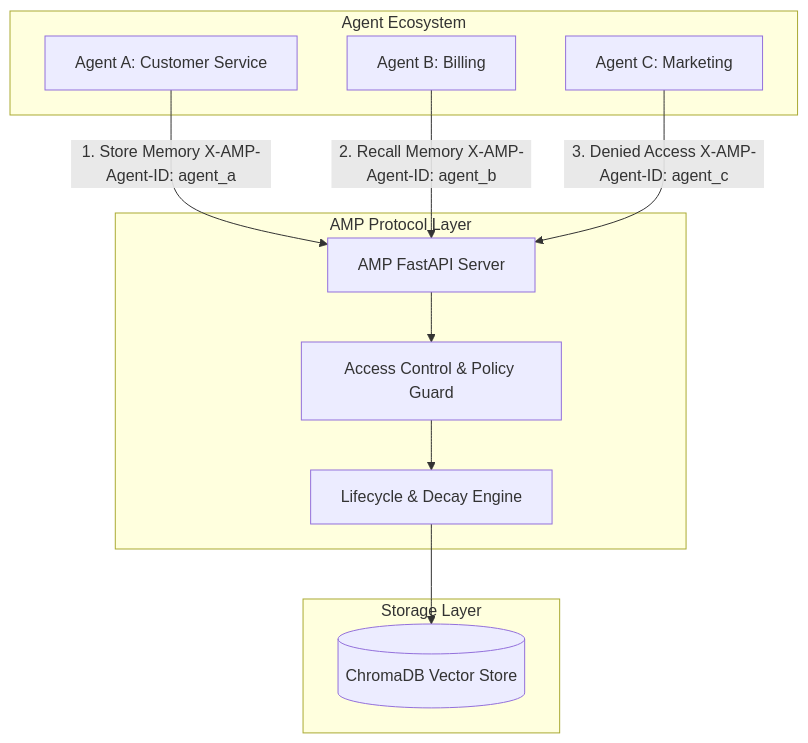
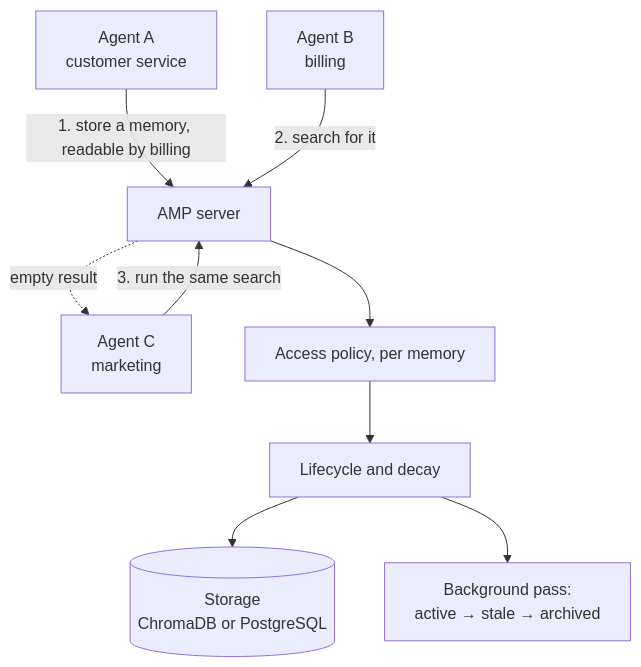
One commit to glatinone/agent-memory-protocol changed the diagram in README.md. Above: the diagram before and after it, drawn with Mermaid. The commit also changed other lines of this file and 7 other files, not shown here.

````diff
--- a/README.md
+++ b/README.md
@@ -103,26 +116,13 @@
 ```mermaid
 graph TD
-    subgraph Agent Ecosystem
-        AgentA[Agent A: Customer Service]
-        AgentB[Agent B: Billing]
-        AgentC[Agent C: Marketing]
-    end
+    A[Agent A<br/>customer service] -- "1. store a memory, readable by billing" --> S[AMP server]
+    B[Agent B<br/>billing] -- "2. search for it" --> S
+    C[Agent C<br/>marketing] -- "3. run the same search" --> S
 
-    subgraph AMP Protocol Layer
-        Server[AMP FastAPI Server]
-        Auth[Access Control & Policy Guard]
-        Decay[Lifecycle & Decay Engine]
-    end
+    S --> P[Access policy, per memory]
+    P --> D[Lifecycle and decay]
+    D --> V[(Storage<br/>ChromaDB or PostgreSQL)]
+    D --> L[Background pass:<br/>active → stale → archived]
 
-    subgraph Storage Layer
-        DB[(ChromaDB Vector Store)]
-    end
-
-    AgentA -- 1. Store Memory X-AMP-Agent-ID: agent_a --> Server
-    AgentB -- 2. Recall Memory X-AMP-Agent-ID: agent_b --> Server
-    AgentC -- 3. Denied Access X-AMP-Agent-ID: agent_c --> Server
-
-    Server --> Auth
-    Auth --> Decay
-    Decay --> DB
+    S -.->|"empty result"| C
 ```
````
